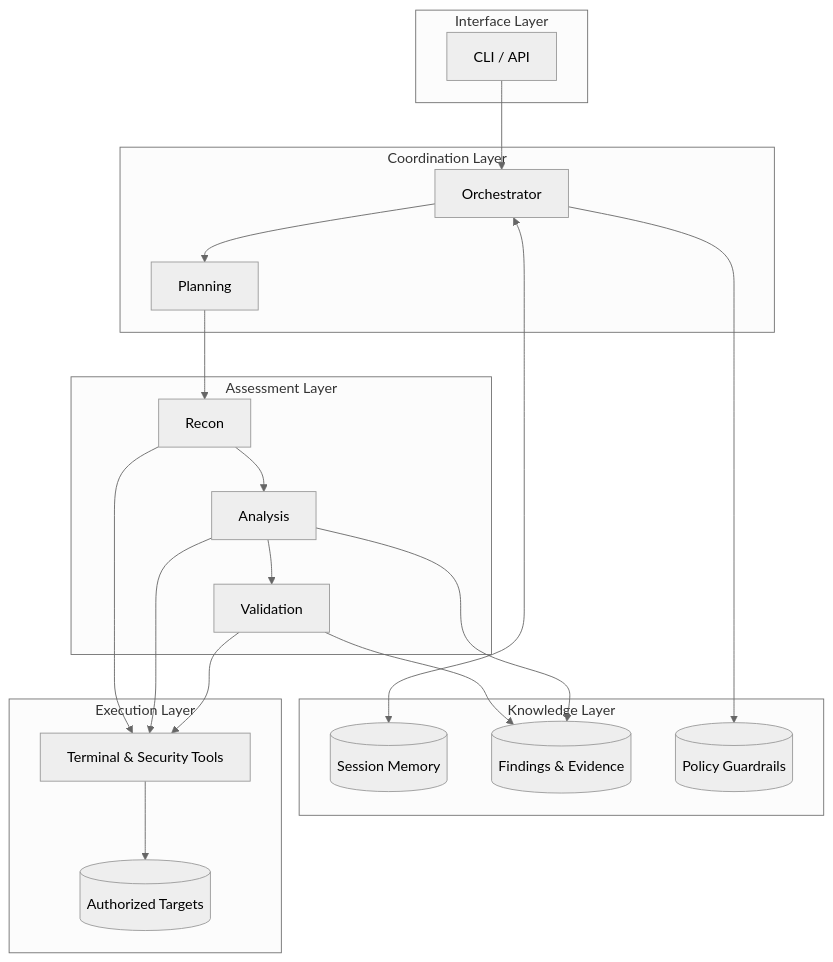
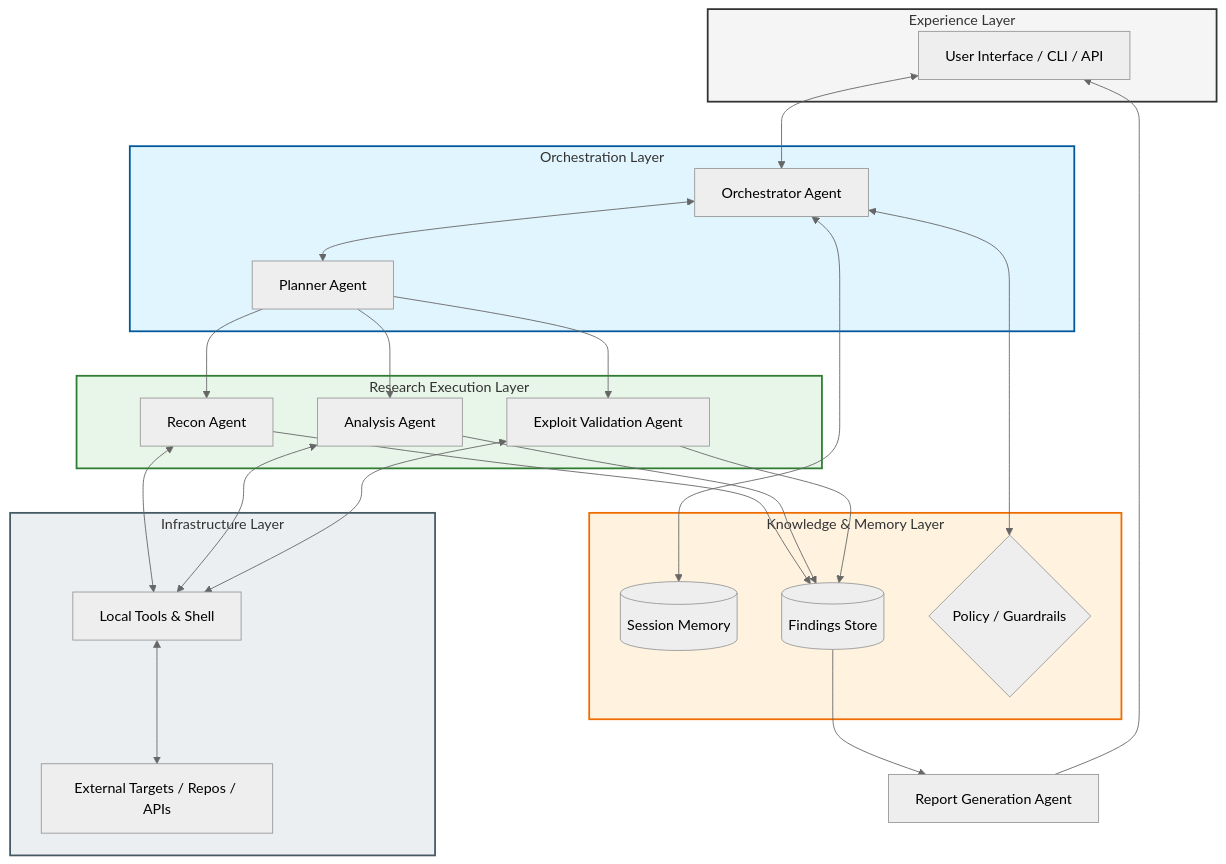
Before and after one commit to RajaMuhammadAwais/CortexSec: the second of 2 diagrams in docs/architecture_graph.md, drawn with Mermaid (neutral theme).

Commit message:
docs: add requested mermaid TD layered architecture graph

````diff
--- a/docs/architecture_graph.md
+++ b/docs/architecture_graph.md
@@ -43,39 +43,55 @@
 ```mermaid
-flowchart TB
-    subgraph L1[Interface Layer]
-        UI[CLI / API]
+graph TD
+    subgraph Experience_Layer [Experience Layer]
+        UI[User Interface / CLI / API]
     end
 
-    subgraph L2[Coordination Layer]
-        ORCH[Orchestrator]
-        PLAN[Planning]
+    subgraph Orchestration_Layer [Orchestration Layer]
+        ORC[Orchestrator Agent]
+        PLN[Planner Agent]
     end
 
-    subgraph L3[Assessment Layer]
-        RECON[Recon]
-        ANALYSIS[Analysis]
-        VALIDATE[Validation]
+    subgraph Execution_Layer [Research Execution Layer]
+        REC[Recon Agent]
+        ANA[Analysis Agent]
+        VAL[Exploit Validation Agent]
     end
 
-    subgraph L4[Knowledge Layer]
+    subgraph Knowledge_Layer [Knowledge & Memory Layer]
         MEM[(Session Memory)]
-        FIND[(Findings & Evidence)]
-        POL[(Policy Guardrails)]
+        FS[(Findings Store)]
+        POL{Policy / Guardrails}
     end
 
-    subgraph L5[Execution Layer]
-        TOOLS[Terminal & Security Tools]
-        TARGETS[(Authorized Targets)]
+    subgraph Infrastructure_Layer [Infrastructure Layer]
+        TOOL[Local Tools & Shell]
+        TGT[External Targets / Repos / APIs]
     end
 
-    UI --> ORCH
-    ORCH --> PLAN
-    PLAN --> RECON --> ANALYSIS --> VALIDATE
-    VALIDATE --> FIND
-    ANALYSIS --> FIND
-    ORCH <--> MEM
-    ORCH --> POL
-    RECON --> TOOLS
-    ANALYSIS --> TOOLS
-    VALIDATE --> TOOLS --> TARGETS
+    %% Connections
+    UI <--> ORC
+    ORC <--> PLN
+    ORC <--> POL
+    ORC <--> MEM
+
+    PLN --> REC
+    PLN --> ANA
+    PLN --> VAL
+
+    REC & ANA & VAL --> FS
+    REC & ANA & VAL <--> TOOL
+
+    TOOL <--> TGT
+
+    %% Reporting Flow
+    REP[Report Generation Agent]
+    FS --> REP
+    REP --> UI
+
+    %% Styling
+    style Experience_Layer fill:#f5f5f5,stroke:#333,stroke-width:2px
+    style Orchestration_Layer fill:#e1f5fe,stroke:#01579b,stroke-width:2px
+    style Execution_Layer fill:#e8f5e9,stroke:#2e7d32,stroke-width:2px
+    style Knowledge_Layer fill:#fff3e0,stroke:#ef6c00,stroke-width:2px
+    style Infrastructure_Layer fill:#eceff1,stroke:#455a64,stroke-width:2px
 ```
````
